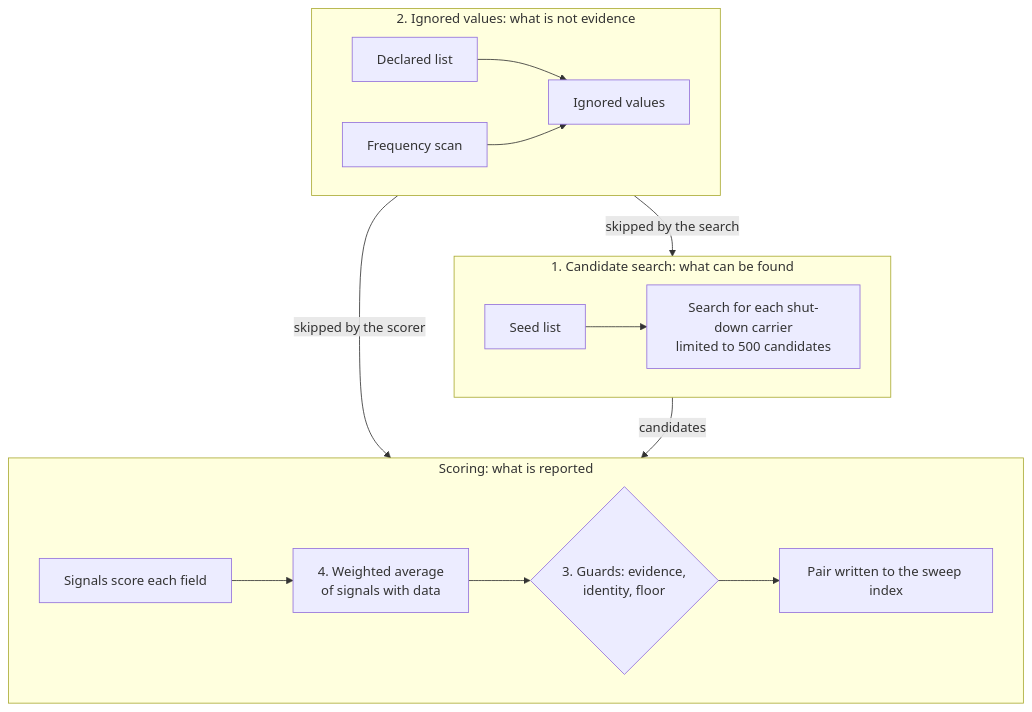
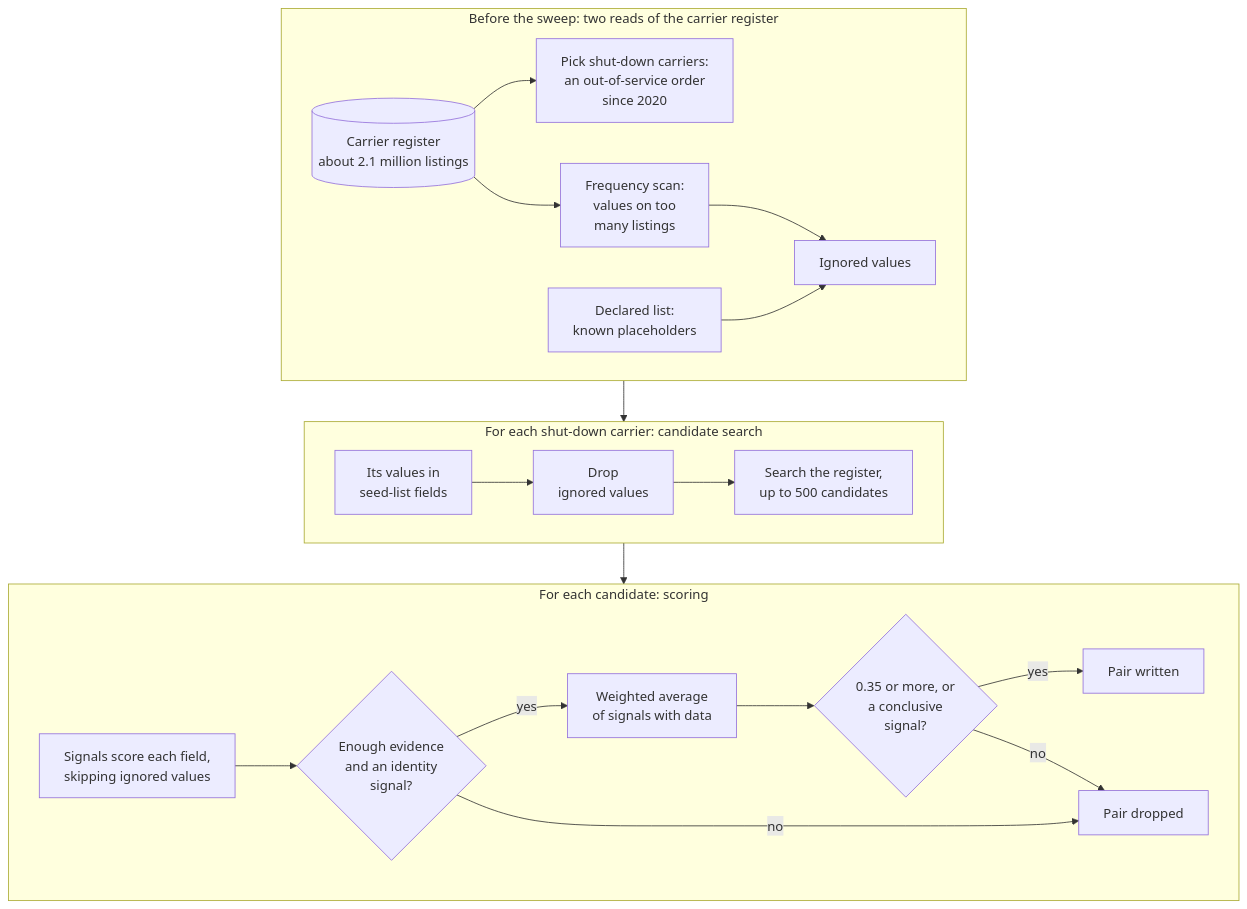
Before and after one commit to freemansoft/entitopia: the diagram in docs/blog/2026-08-30-02-tuning-an-entity-matcher.md, drawn with Mermaid. The commit also changed other lines of this file, not shown here.

Commit message:
docs: draw Article 2's diagram in run order, as the code runs it
The stacked-row diagram mixed two orders: its numbers gave the order to
tune, and its layout gave the order the matcher runs, so "2" sat above
"1". It also left out the search's input, and its only arrow into the
search came from the ignored values, which read as feeding it. Its
"4. Weighted average -> 3. Guards" put all three guards after the
average, but matching/scorer.py runs the evidence and identity checks
first and only the floor after.

The diagram now shows run order only, in three phases:
- Before the sweep, two reads of the carrier register pick the shut-down
  carriers and run the frequency scan that, with the declared list, forms
  the ignored values.
- For each shut-down carrier, the search drops ignored values from the
  carrier's seed-list values and searches the register.
- For each candidate, scoring follows the scorer, and both decisions have
  a yes and a no exit.

Every arrow now means "then". The tuning order stays in the closing
"What to tune, in order" list, and the sentence introducing the diagram
now says so.

````diff
--- a/docs/blog/2026-08-30-02-tuning-an-entity-matcher.md
+++ b/docs/blog/2026-08-30-02-tuning-an-entity-matcher.md
@@ -75,21 +76,27 @@
 ```mermaid
 flowchart TB
-  subgraph X["2. Ignored values: what is not evidence"]
+  subgraph X["Before the sweep: two reads of the carrier register"]
     direction LR
-    DL["Declared list"] --> IV["Ignored values"]
-    FS["Frequency scan"] --> IV
+    REG[("Carrier register<br/>about 2.1 million listings")]
+    REG --> PK["Pick shut-down carriers:<br/>an out-of-service order<br/>since 2020"]
+    REG --> FS["Frequency scan:<br/>values on too<br/>many listings"]
+    FS --> IV["Ignored values"]
+    DL["Declared list:<br/>known placeholders"] --> IV
   end
-  subgraph R["1. Candidate search: what can be found"]
+  subgraph R["For each shut-down carrier: candidate search"]
     direction LR
-    SL["Seed list"] --> CS["Search for each shut-down carrier<br/>limited to 500 candidates"]
+    SV["Its values in<br/>seed-list fields"] --> DR["Drop<br/>ignored values"]
+    DR --> CS["Search the register,<br/>up to 500 candidates"]
   end
-  subgraph C["Scoring: what is reported"]
+  subgraph C["For each candidate: scoring"]
     direction LR
-    SG["Signals score each field"] --> WA["4. Weighted average<br/>of signals with data"]
-    WA --> GD{"3. Guards: evidence,<br/>identity, floor"}
-    GD --> PR["Pair written to the sweep index"]
+    SG["Signals score each field,<br/>skipping ignored values"] --> GD{"Enough evidence<br/>and an identity<br/>signal?"}
+    GD -- yes --> WA["Weighted average<br/>of signals with data"]
+    WA --> FL{"0.35 or more, or<br/>a conclusive<br/>signal?"}
+    FL -- yes --> PR["Pair written"]
+    GD -- no --> NO["Pair dropped"]
+    FL -- no --> NO
   end
-  X -- "skipped by the search" --> R
-  X -- "skipped by the scorer" --> C
-  R -- "candidates" --> C
+  X --> R
+  R --> C
 ```
````
